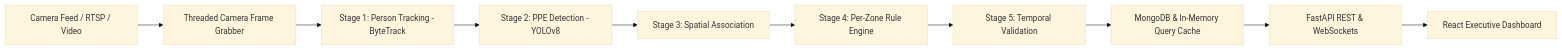
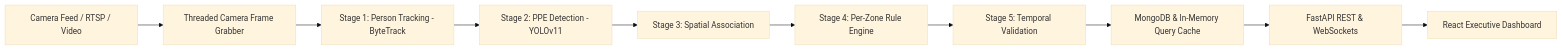
The diagram in docs/architecture.md (Me-Rahul-Raj-R/ppe-detection-yolo), drawn with Mermaid (base theme) before and after one commit. The commit also changed other lines of this file and 13 other files, not shown here.

````diff
--- a/docs/architecture.md
+++ b/docs/architecture.md
@@ -9,12 +9,12 @@
 ```mermaid
 flowchart LR
     A[Camera Feed / RTSP / Video] --> B[Threaded Camera Frame Grabber]
     B --> C[Stage 1: Person Tracking - ByteTrack]
-    C --> D[Stage 2: PPE Detection - YOLOv8]
+    C --> D[Stage 2: PPE Detection - YOLOv11]
     D --> E[Stage 3: Spatial Association]
     E --> F[Stage 4: Per-Zone Rule Engine]
     F --> G[Stage 5: Temporal Validation]
     G --> H[MongoDB & In-Memory Query Cache]
     H --> I[FastAPI REST & WebSockets]
     I --> J[React Executive Dashboard]
 ```
````
